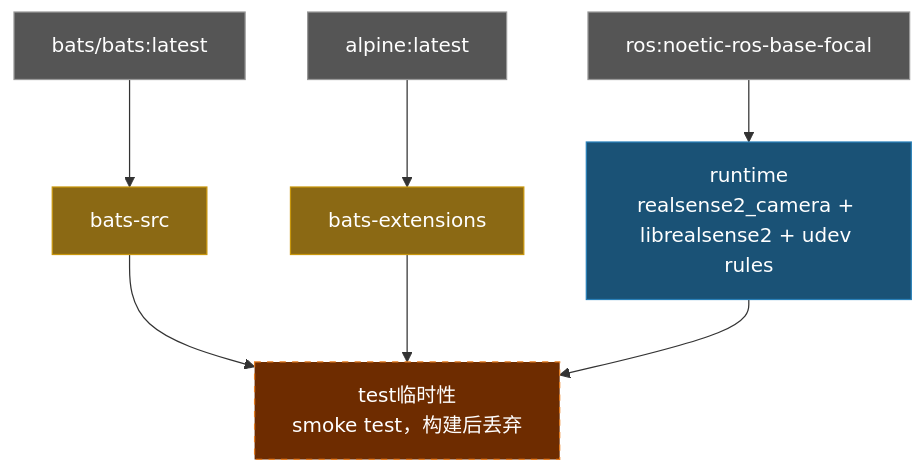
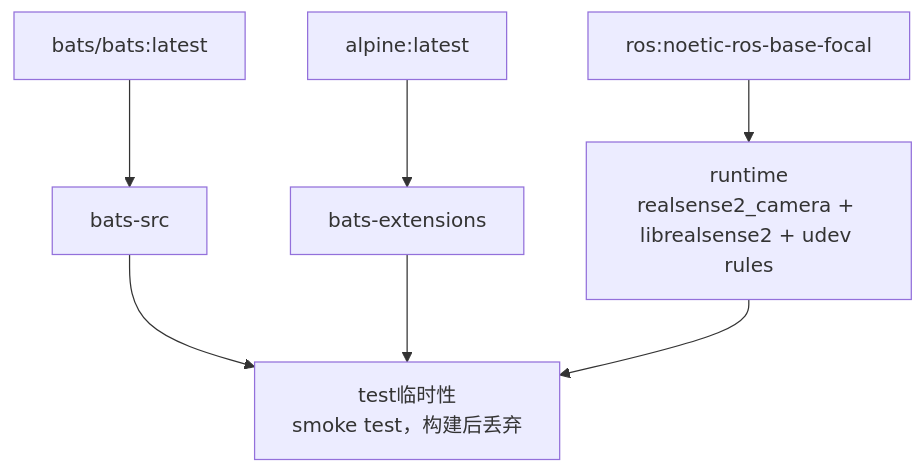
One commit to ycpss91255-docker/realsense_noetic changed the diagram in doc/README.zh-CN.md. Above: the diagram before and after it, drawn with Mermaid. The commit also changed 3 other files, not shown here.

Commit message:
docs: remove mermaid background colors from architecture diagrams (#15)

````diff
--- a/doc/README.zh-CN.md
+++ b/doc/README.zh-CN.md
@@ -88,20 +88,16 @@
 ```mermaid
 graph TD
-    EXT1["bats/bats:latest"]:::external
-    EXT2["alpine:latest"]:::external
-    EXT3["ros:noetic-ros-base-focal"]:::external
+    EXT1["bats/bats:latest"]
+    EXT2["alpine:latest"]
+    EXT3["ros:noetic-ros-base-focal"]
 
-    EXT1 --> bats-src["bats-src"]:::tool
-    EXT2 --> bats-ext["bats-extensions"]:::tool
+    EXT1 --> bats-src["bats-src"]
+    EXT2 --> bats-ext["bats-extensions"]
 
-    EXT3 --> runtime["runtime\nrealsense2_camera + librealsense2 + udev rules"]:::stage
+    EXT3 --> runtime["runtime\nrealsense2_camera + librealsense2 + udev rules"]
 
-    bats-src --> test["test临时性\nsmoke test，构建后丢弃"]:::ephemeral
+    bats-src --> test["test临时性\nsmoke test，构建后丢弃"]
     bats-ext --> test
     runtime --> test
 
-    classDef external fill:#555,color:#fff,stroke:#999
-    classDef tool fill:#8B6914,color:#fff,stroke:#c8960c
-    classDef stage fill:#1a5276,color:#fff,stroke:#2980b9
-    classDef ephemeral fill:#6e2c00,color:#fff,stroke:#e67e22,stroke-dasharray:5 5
 ```
````
